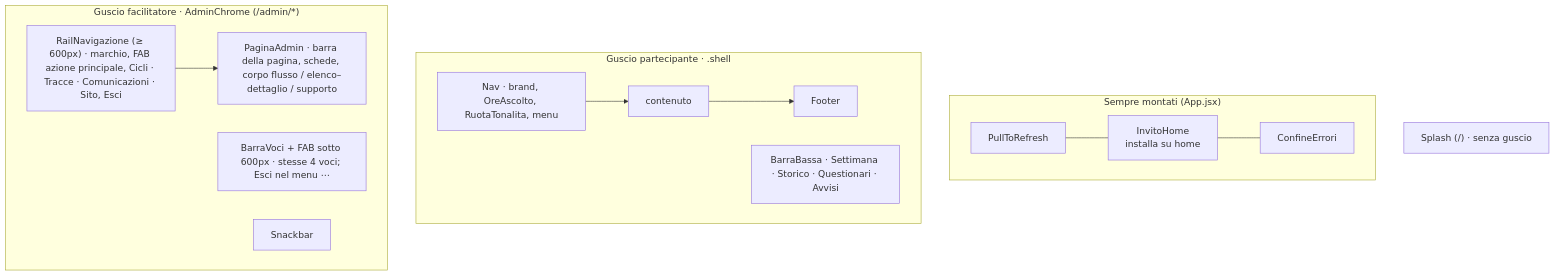
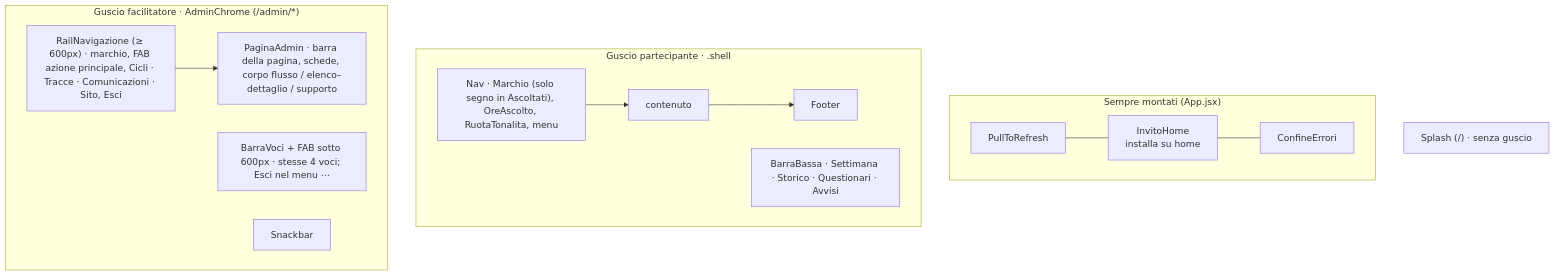
Before and after one commit to salonbookingsystemou-dot/conscio: the diagram in docs/interfaccia.md, drawn with Mermaid. The commit also changed other lines of this file and 3 other files, not shown here.

````diff
--- a/docs/interfaccia.md
+++ b/docs/interfaccia.md
@@ -13,16 +13,16 @@
 ```mermaid
 flowchart TB
   subgraph Globali["Sempre montati (App.jsx)"]
     PTR[PullToRefresh] --- IH[InvitoHome<br/>installa su home] --- CE[ConfineErrori]
   end
   subgraph Part["Guscio partecipante · .shell"]
-    NAV["Nav · brand, OreAscolto, RuotaTonalita, menu"] --> CONT1[contenuto] --> FOOT[Footer]
+    NAV["Nav · Marchio (solo segno in Ascoltati), OreAscolto, RuotaTonalita, menu"] --> CONT1[contenuto] --> FOOT[Footer]
     BB["BarraBassa · Settimana · Storico · Questionari · Avvisi"]
   end
   subgraph Fac["Guscio facilitatore · AdminChrome (/admin/*)"]
     RAIL["RailNavigazione (≥ 600px) · marchio, FAB azione principale, Cicli · Tracce · Comunicazioni · Sito, Esci"] --> CONT2["PaginaAdmin · barra della pagina, schede, corpo flusso / elenco–dettaglio / supporto"]
     BBF["BarraVoci + FAB sotto 600px · stesse 4 voci; Esci nel menu ⋯"]
     SNK["Snackbar"]
   end
   SPL["Splash (/) · senza guscio"]
 ```
````
